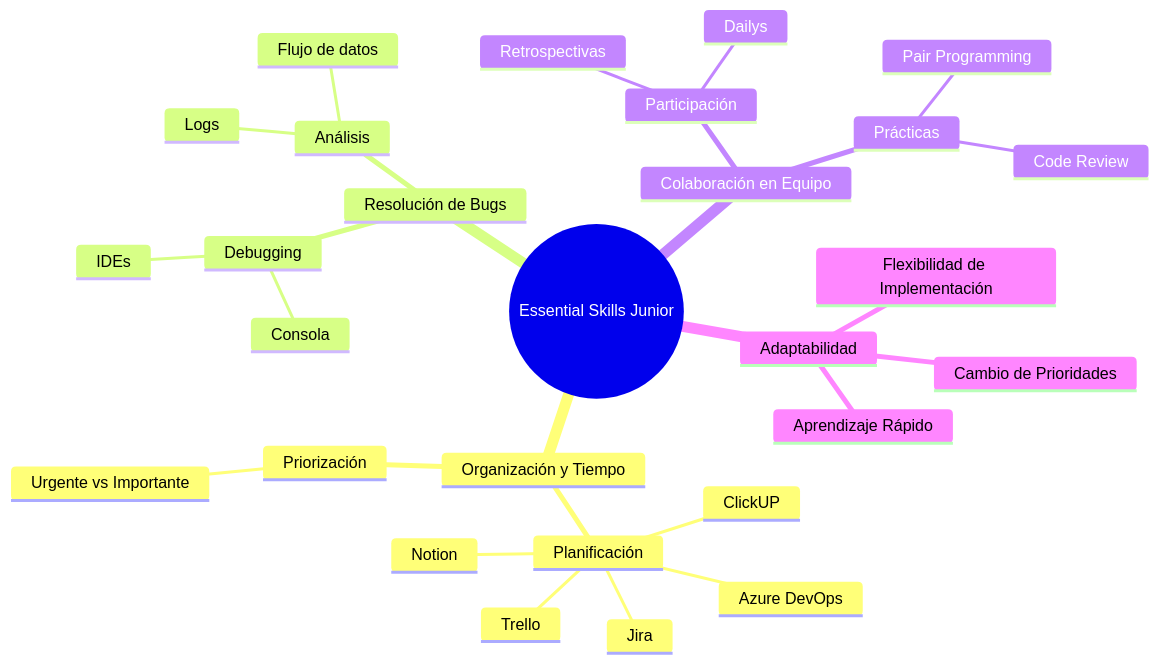
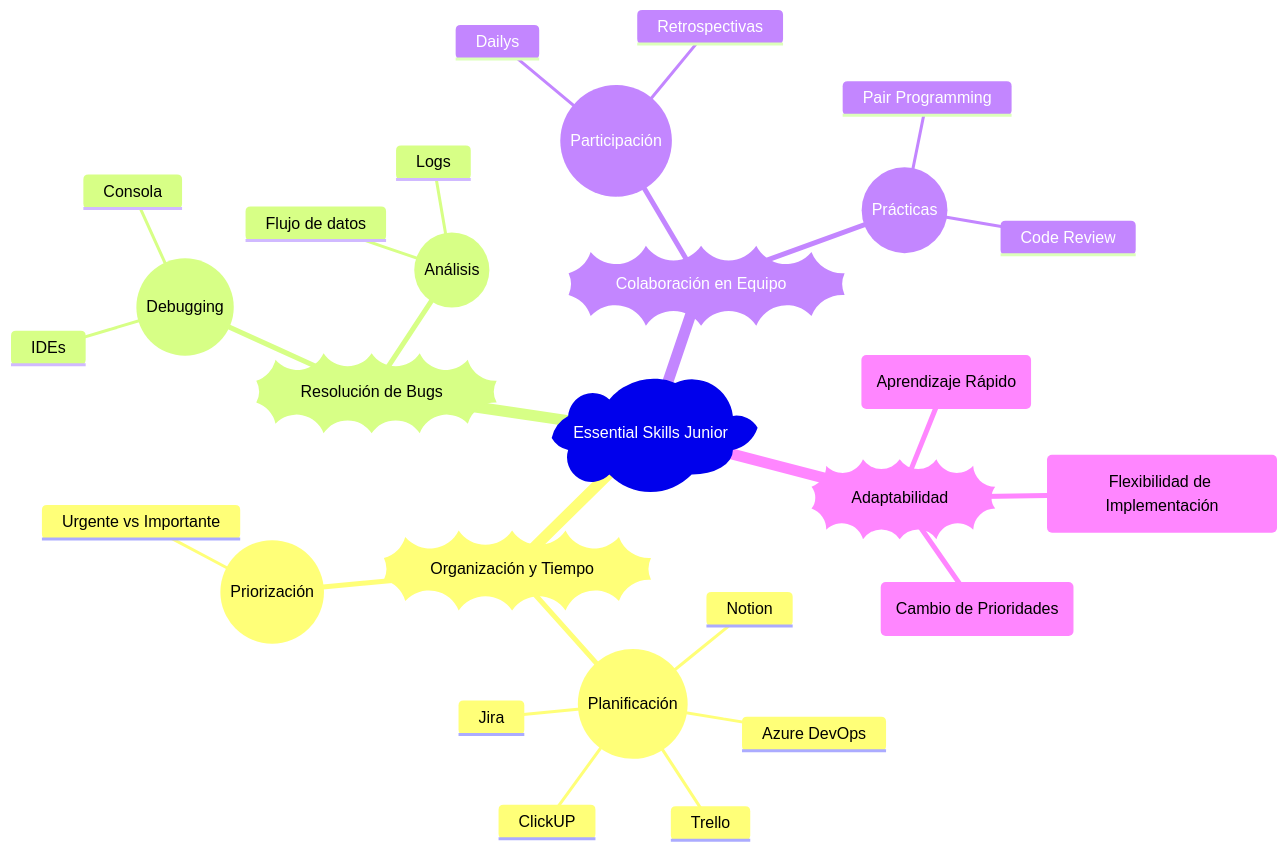
One commit to EdgarRangelInnovate/EdgarRangelInnovate changed the third of 4 diagrams in knowledge/tech/junior.md. Above: the diagram before and after it, drawn with Mermaid. The commit also changed other lines of this file and 2 other files, not shown here.

Commit message:
🔧 Update junior.md and knowledge.md to enhance clarity on essential skills and performance criteria for Junior Developers; add IDE definition to glossary.md.

`````diff
--- a/knowledge/tech/junior.md
+++ b/knowledge/tech/junior.md
@@ -711,31 +711,31 @@
-````mermaid
+```mermaid
 mindmap
-  root((Essential Skills Junior))
-    Organización y Tiempo
-      Planificación
+  root(Essential Skills Junior))
+    ))Organización y Tiempo((
+      ((Planificación))
         Jira
         Trello
         Azure DevOps
         ClickUP
         Notion
-      Priorización
+      ((Priorización))
         Urgente vs Importante
-    Resolución de Bugs
-      Debugging
+    ))Resolución de Bugs((
+      ((Debugging))
         IDEs
         Consola
-      Análisis
+      ((Análisis))
         Logs
         Flujo de datos
-    Colaboración en Equipo
-      Participación
+    ))Colaboración en Equipo((
+      ((Participación))
         Dailys
         Retrospectivas
-      Prácticas
+      ((Prácticas))
         Pair Programming
         Code Review
-    Adaptabilidad
-      Aprendizaje Rápido
-      Flexibilidad de Implementación
-      Cambio de Prioridades
-````
+    ))Adaptabilidad((
+      (Aprendizaje Rápido)
+      (Flexibilidad de Implementación)
+      (Cambio de Prioridades)
+```
`````
